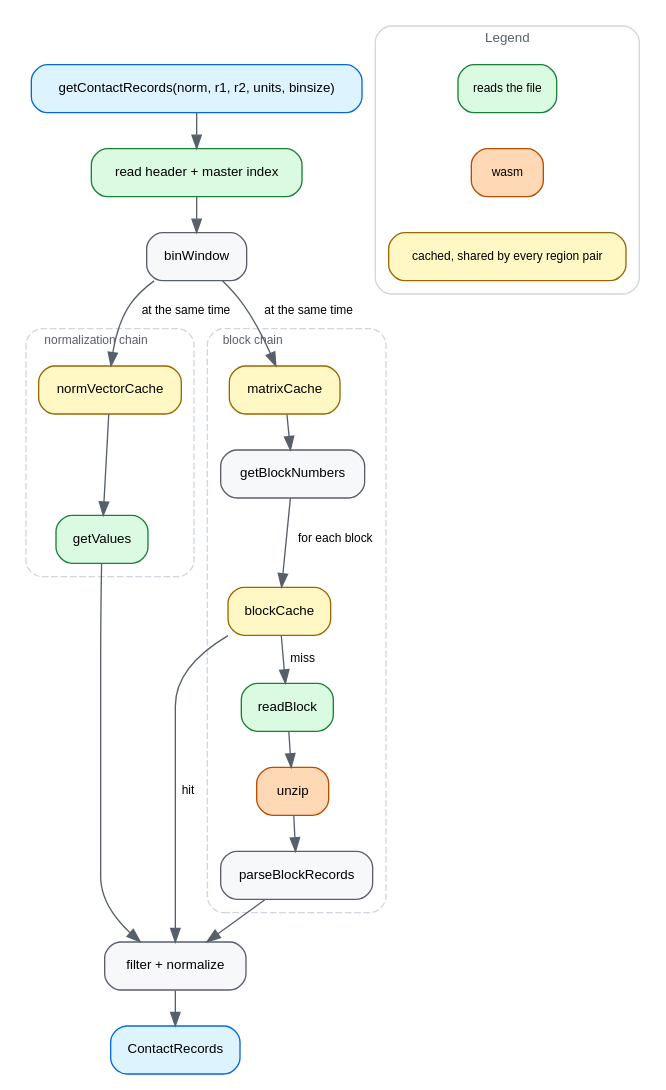
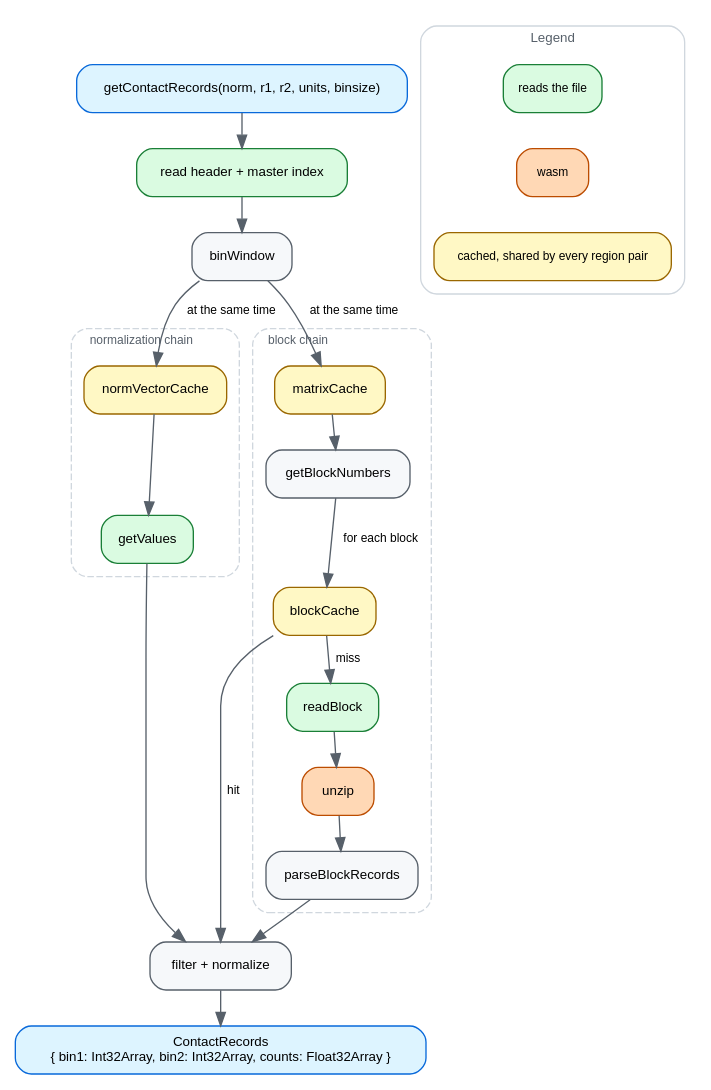
One commit to GMOD/hic changed the diagram in docs/img/dataflow.dot. Above: the diagram before and after it, drawn with Graphviz. The commit also changed 1 other file, not shown here.

Commit message:
docs: spell out ContactRecords' typed-array shape on the dataflow diagram
It's a struct of Int32Array/Int32Array/Float32Array, not an array of
{bin1, bin2, count} objects — worth making explicit right at the node
a reader would otherwise guess wrong about.

```diff
--- a/docs/img/dataflow.dot
+++ b/docs/img/dataflow.dot
@@ -1,93 +1,93 @@
 // Source for docs/img/dataflow.svg, which docs/dataflow.md embeds.
 // Regenerate with: dot -Tsvg docs/img/dataflow.dot -o docs/img/dataflow.svg
 //
 // Deliberately the MAIN PATH only — the pre-v9 walk for the norm vector index,
 // the per-vector value cache and the block encodings are described in
 // dataflow.md instead. A diagram that shows every branch stops being the thing
 // you look at first. Each node names the cache or function doing the work;
 // dataflow.md defines the `.hic` vocabulary — matrix, block, vector — above
 // the diagram.
 //
 // SYNC: ~/src/gmod/bam-js/docs/img/dataflow.dot — same palette, legend and
 // spine; ~/src/gmod/tabix-js and ~/src/gmod/cram-js share them too. hic's own
 // addition is the two clusters: the normalization chain and the block chain,
 // the two a region pair walks concurrently.
 digraph hicjs {
   rankdir=TB
   newrank=true
   bgcolor="white"
   nodesep=0.3
   ranksep=0.36
   node [shape=box style="filled,rounded" fillcolor="#f6f8fa" color="#57606a"
         fontname="Helvetica" fontsize=10 margin="0.14,0.07"]
   edge [color="#57606a" fontname="Helvetica" fontsize=9]
 
   query [label="getContactRecords(norm, r1, r2, units, binsize)" fillcolor="#ddf4ff" color="#0969da"]
   init  [label="read header + master index" fillcolor="#dafbe1" color="#1a7f37"]
   win   [label="binWindow"]
 
   subgraph cluster_norm {
     label="normalization chain"
     labeljust="l"
     fontname="Helvetica" fontsize=9 fontcolor="#57606a" color="#d0d7de"
     style="rounded,dashed"
     margin=10
 
     nvcache [label="normVectorCache" fillcolor="#fff8c5" color="#9a6700"]
     nvvals  [label="getValues" fillcolor="#dafbe1" color="#1a7f37"]
   }
 
   subgraph cluster_blocks {
     label="block chain"
     labeljust="l"
     fontname="Helvetica" fontsize=9 fontcolor="#57606a" color="#d0d7de"
     style="rounded,dashed"
     margin=10
 
     matcache [label="matrixCache" fillcolor="#fff8c5" color="#9a6700"]
     blknums  [label="getBlockNumbers"]
     blkcache [label="blockCache" fillcolor="#fff8c5" color="#9a6700"]
     readblk  [label="readBlock" fillcolor="#dafbe1" color="#1a7f37"]
     unzip    [label="unzip" fillcolor="#ffd8b5" color="#bc4c00"]
     parse    [label="parseBlockRecords"]
   }
 
   filter [label="filter + normalize"]
-  out    [label="ContactRecords" fillcolor="#ddf4ff" color="#0969da"]
+  out    [label="ContactRecords\n{ bin1: Int32Array, bin2: Int32Array, counts: Float32Array }" fillcolor="#ddf4ff" color="#0969da"]
 
   query -> init
   init  -> win
 
   win -> nvcache  [label=" at the same time "]
   win -> matcache [label=" at the same time "]
   { rank=same; nvcache; matcache }
 
   nvcache -> nvvals
   nvvals  -> filter
 
   matcache -> blknums
   blknums  -> blkcache [label=" for each block "]
   blkcache -> readblk [label=" miss "]
   blkcache -> filter  [label=" hit "]
   readblk  -> unzip
   unzip    -> parse
   parse    -> filter
 
   filter -> out
 
   subgraph cluster_legend {
     label="Legend"
     labelloc="t"
     fontname="Helvetica"
     fontsize=10
     fontcolor="#57606a"
     color="#d0d7de"
     style="rounded"
     margin=10
     node [shape=box style="filled,rounded" fontsize=9 margin="0.1,0.04"]
     l1 [label="reads the file" fillcolor="#dafbe1" color="#1a7f37"]
     l2 [label="wasm" fillcolor="#ffd8b5" color="#bc4c00"]
     l3 [label="cached, shared by every region pair" fillcolor="#fff8c5" color="#9a6700"]
     l1 -> l2 -> l3 [style=invis]
   }
 }
```
